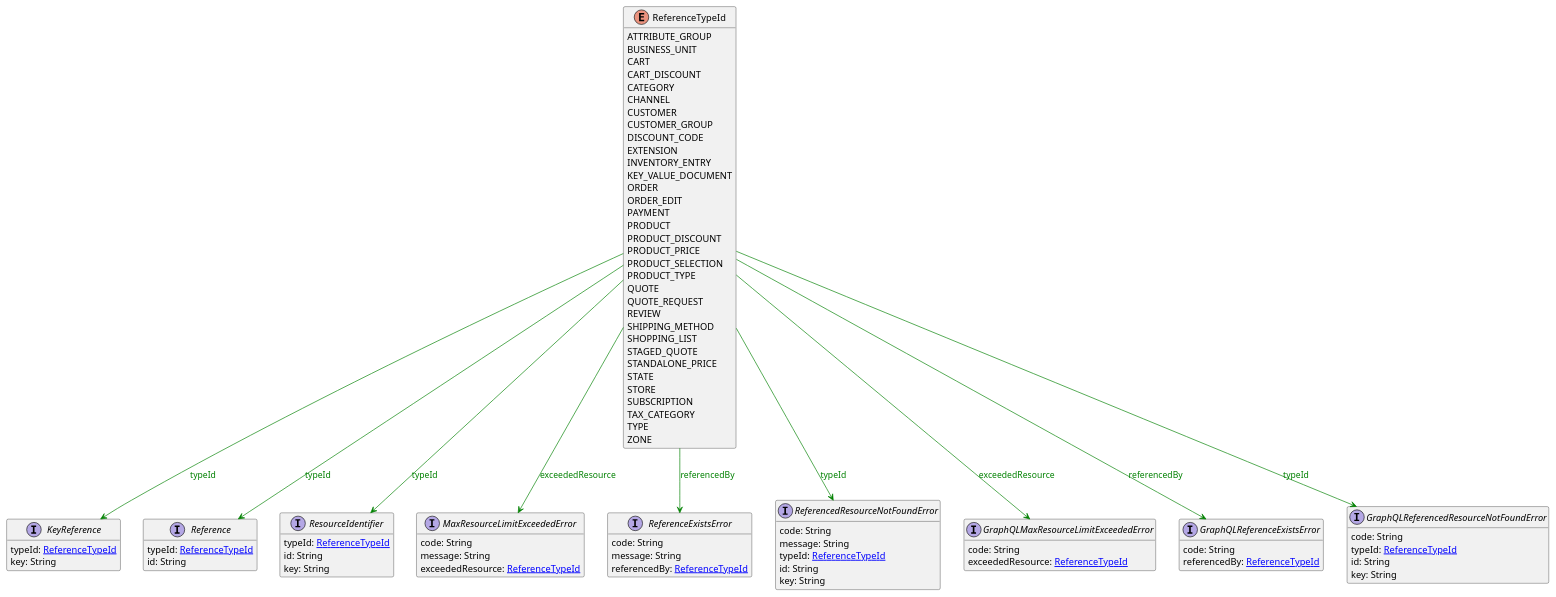
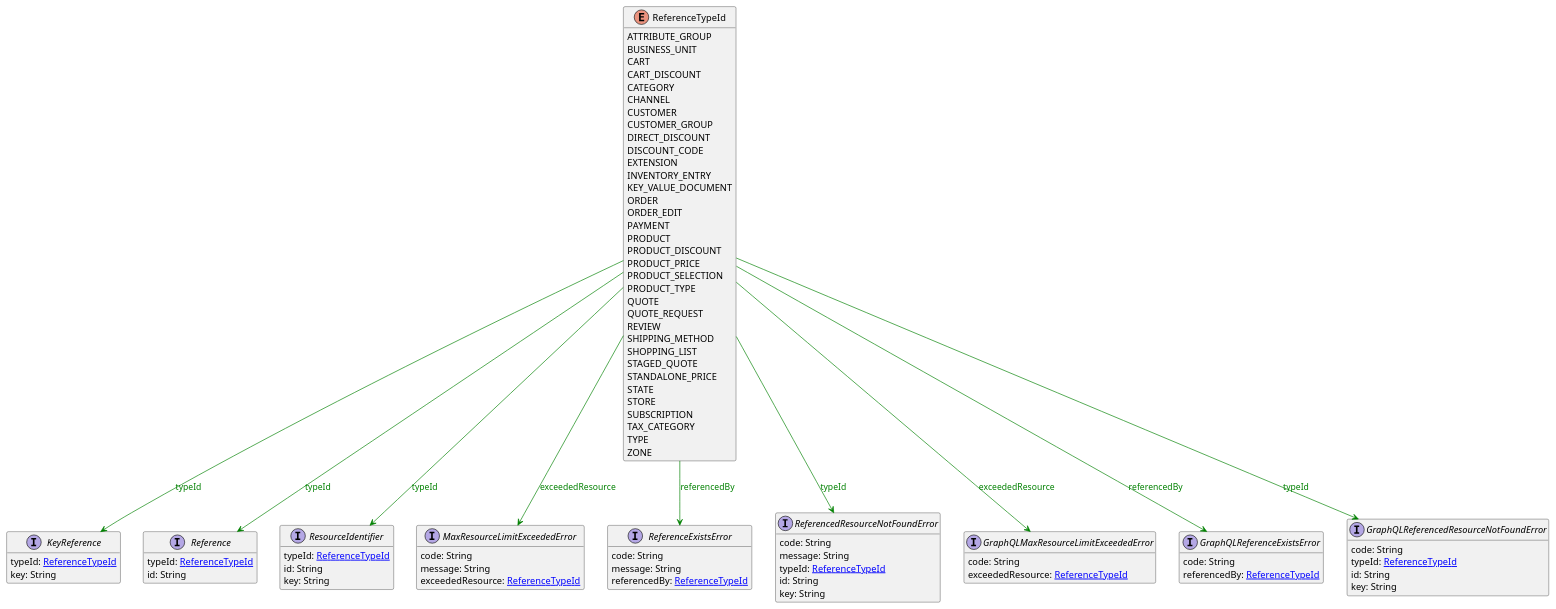
Before and after one commit to commercetools/commercetools-api-reference: the diagram in uml/api/ReferenceTypeId.puml, drawn with PlantUML. The commit also changed 12 other files, not shown here.

```diff
--- a/uml/api/ReferenceTypeId.puml
+++ b/uml/api/ReferenceTypeId.puml
@@ -1,92 +1,93 @@
 @startuml
 
 hide methods
 enum ReferenceTypeId {
     ATTRIBUTE_GROUP
     BUSINESS_UNIT
     CART
     CART_DISCOUNT
     CATEGORY
     CHANNEL
     CUSTOMER
     CUSTOMER_GROUP
+    DIRECT_DISCOUNT
     DISCOUNT_CODE
     EXTENSION
     INVENTORY_ENTRY
     KEY_VALUE_DOCUMENT
     ORDER
     ORDER_EDIT
     PAYMENT
     PRODUCT
     PRODUCT_DISCOUNT
     PRODUCT_PRICE
     PRODUCT_SELECTION
     PRODUCT_TYPE
     QUOTE
     QUOTE_REQUEST
     REVIEW
     SHIPPING_METHOD
     SHOPPING_LIST
     STAGED_QUOTE
     STANDALONE_PRICE
     STATE
     STORE
     SUBSCRIPTION
     TAX_CATEGORY
     TYPE
     ZONE
 }
 interface KeyReference [[KeyReference.svg]]  {
     typeId: [[ReferenceTypeId.svg ReferenceTypeId]]
     key: String
 }
 interface Reference [[Reference.svg]]  {
     typeId: [[ReferenceTypeId.svg ReferenceTypeId]]
     id: String
 }
 interface ResourceIdentifier [[ResourceIdentifier.svg]]  {
     typeId: [[ReferenceTypeId.svg ReferenceTypeId]]
     id: String
     key: String
 }
 interface MaxResourceLimitExceededError [[MaxResourceLimitExceededError.svg]]  {
     code: String
     message: String
     exceededResource: [[ReferenceTypeId.svg ReferenceTypeId]]
 }
 interface ReferenceExistsError [[ReferenceExistsError.svg]]  {
     code: String
     message: String
     referencedBy: [[ReferenceTypeId.svg ReferenceTypeId]]
 }
 interface ReferencedResourceNotFoundError [[ReferencedResourceNotFoundError.svg]]  {
     code: String
     message: String
     typeId: [[ReferenceTypeId.svg ReferenceTypeId]]
     id: String
     key: String
 }
 interface GraphQLMaxResourceLimitExceededError [[GraphQLMaxResourceLimitExceededError.svg]]  {
     code: String
     exceededResource: [[ReferenceTypeId.svg ReferenceTypeId]]
 }
 interface GraphQLReferenceExistsError [[GraphQLReferenceExistsError.svg]]  {
     code: String
     referencedBy: [[ReferenceTypeId.svg ReferenceTypeId]]
 }
 interface GraphQLReferencedResourceNotFoundError [[GraphQLReferencedResourceNotFoundError.svg]]  {
     code: String
     typeId: [[ReferenceTypeId.svg ReferenceTypeId]]
     id: String
     key: String
 }
 ReferenceTypeId --> KeyReference #green;text:green : "typeId"
 ReferenceTypeId --> Reference #green;text:green : "typeId"
 ReferenceTypeId --> ResourceIdentifier #green;text:green : "typeId"
 ReferenceTypeId --> MaxResourceLimitExceededError #green;text:green : "exceededResource"
 ReferenceTypeId --> ReferenceExistsError #green;text:green : "referencedBy"
 ReferenceTypeId --> ReferencedResourceNotFoundError #green;text:green : "typeId"
 ReferenceTypeId --> GraphQLMaxResourceLimitExceededError #green;text:green : "exceededResource"
 ReferenceTypeId --> GraphQLReferenceExistsError #green;text:green : "referencedBy"
 ReferenceTypeId --> GraphQLReferencedResourceNotFoundError #green;text:green : "typeId"
 @enduml
```
